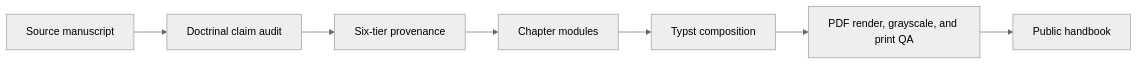
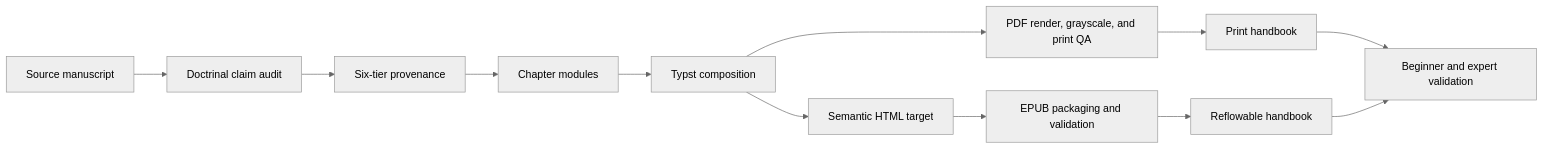
One commit to streamentry/streamentry changed the first of 5 diagrams in AGENTS.md. Above: the diagram before and after it, drawn with Mermaid (neutral theme). The commit also changed other lines of this file and 35 other files, not shown here.

First line of the commit message:
Publish beginner-hardened handbook and EPUB edition (#1)

````diff
--- a/AGENTS.md
+++ b/AGENTS.md
@@ -34,9 +40,14 @@
 ```mermaid
 flowchart LR
   A["Source manuscript"] --> B["Doctrinal claim audit"]
   B --> C["Six-tier provenance"]
   C --> D["Chapter modules"]
   D --> E["Typst composition"]
   E --> F["PDF render, grayscale, and print QA"]
-  F --> G["Public handbook"]
+  E --> H["Semantic HTML target"]
+  H --> I["EPUB packaging and validation"]
+  F --> G["Print handbook"]
+  I --> J["Reflowable handbook"]
+  G --> K["Beginner and expert validation"]
+  J --> K
 ```
````
